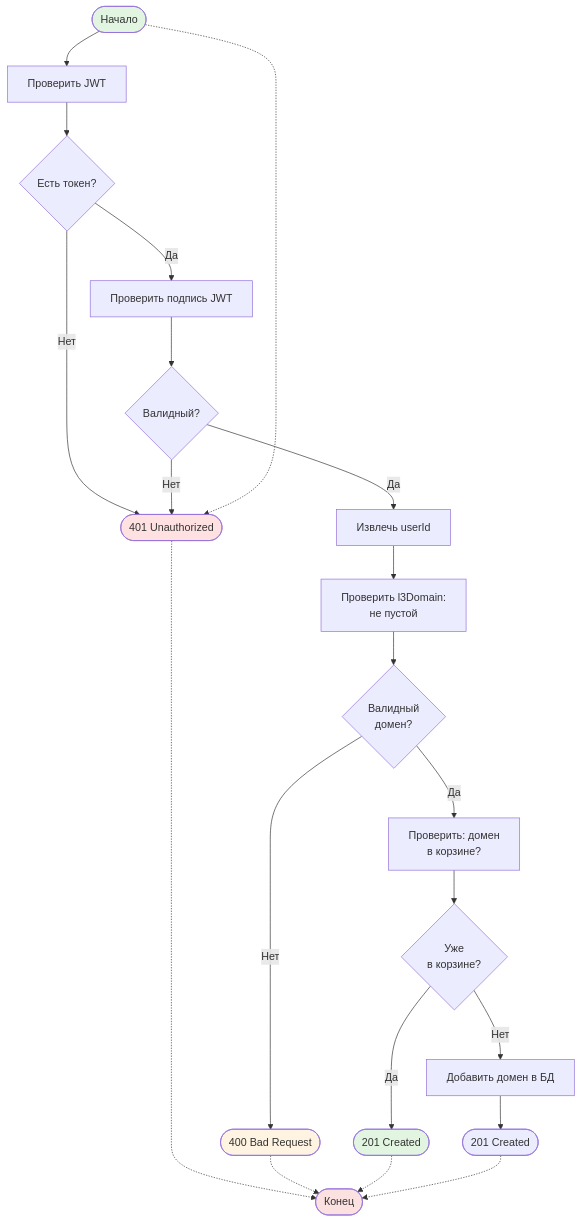
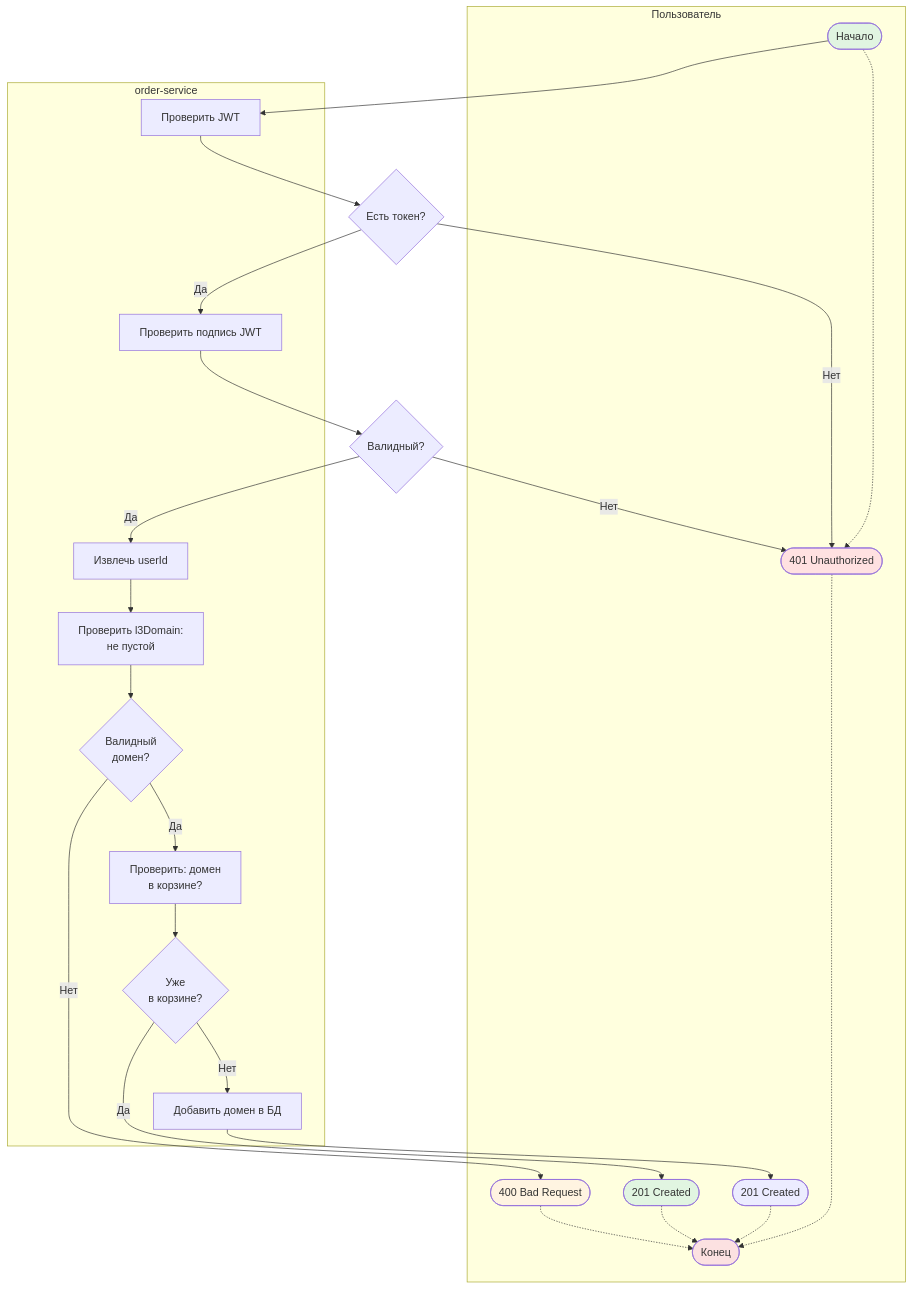
One commit to PawKorchagin/hrofos-domain-register changed the fifth of 9 diagrams in order-service/README.md. Above: the diagram before and after it, drawn with Mermaid. The commit also changed other lines of this file and 7 other files, not shown here.

````diff
--- a/order-service/README.md
+++ b/order-service/README.md
@@ -320,36 +323,56 @@
 ```mermaid
-flowchart TD
-    Start([Начало]) --> CheckAuth[Проверить JWT]
+flowchart TB
+    subgraph UserLane["         Пользователь"]
+        Start([Начало])
+        Return401([401 Unauthorized])
+        Return400([400 Bad Request])
+        Return201([201 Created])
+        Return201_2([201 Created])
+        End([Конец])
+    end
+
+    subgraph OrderLane["         order-service"]
+        CheckAuth[Проверить JWT]
+        Validate[Проверить подпись JWT]
+        GetUserId[Извлечь userId]
+        ValidateDomain[Проверить l3Domain:<br/>не пустой]
+        DomainValid{Валидный<br/>домен?}
+        CheckExists[Проверить: домен<br/>в корзине?]
+        AlreadyExists{Уже<br/>в корзине?}
+        AddToCart[Добавить домен в БД]
+    end
+
+    Start --> CheckAuth
 
     CheckAuth --> HasToken{Есть токен?}
-    HasToken -- Нет --> Return401([401 Unauthorized])
-    HasToken -- Да --> Validate[Проверить подпись JWT]
+    HasToken -- Нет --> Return401
+    HasToken -- Да --> Validate
 
     Validate --> IsValid{Валидный?}
-    IsValid -- Нет --> Return401([401 Unauthorized])
-    IsValid -- Да --> GetUserId[Извлечь userId]
+    IsValid -- Нет --> Return401
+    IsValid -- Да --> GetUserId
 
-    GetUserId --> ValidateDomain[Проверить l3Domain:<br/>не пустой]
+    GetUserId --> ValidateDomain
 
-    ValidateDomain --> DomainValid{Валидный<br/>домен?}
-    DomainValid -- Нет --> Return400([400 Bad Request])
-    DomainValid -- Да --> CheckExists[Проверить: домен<br/>в корзине?]
+    ValidateDomain --> DomainValid
+    DomainValid -- Нет --> Return400
+    DomainValid -- Да --> CheckExists
 
-    CheckExists --> AlreadyExists{Уже<br/>в корзине?}
-    AlreadyExists -- Да --> Return201([201 Created])
-    AlreadyExists -- Нет --> AddToCart[Добавить домен в БД]
+    CheckExists --> AlreadyExists
+    AlreadyExists -- Да --> Return201
+    AlreadyExists -- Нет --> AddToCart
 
-    AddToCart --> Return201_2([201 Created])
+    AddToCart --> Return201_2
 
     Start -.-> Return401
-    Return401 -.-> End([Конец])
+    Return401 -.-> End
     Return400 -.-> End
     Return201 -.-> End
     Return201_2 -.-> End
 
     style Start fill:#e1f5e1
     style End fill:#fce1e1
     style Return201 fill:#e1f5e1
     style Return401 fill:#ffe1e1
     style Return400 fill:#fff4e1
 ```
````
